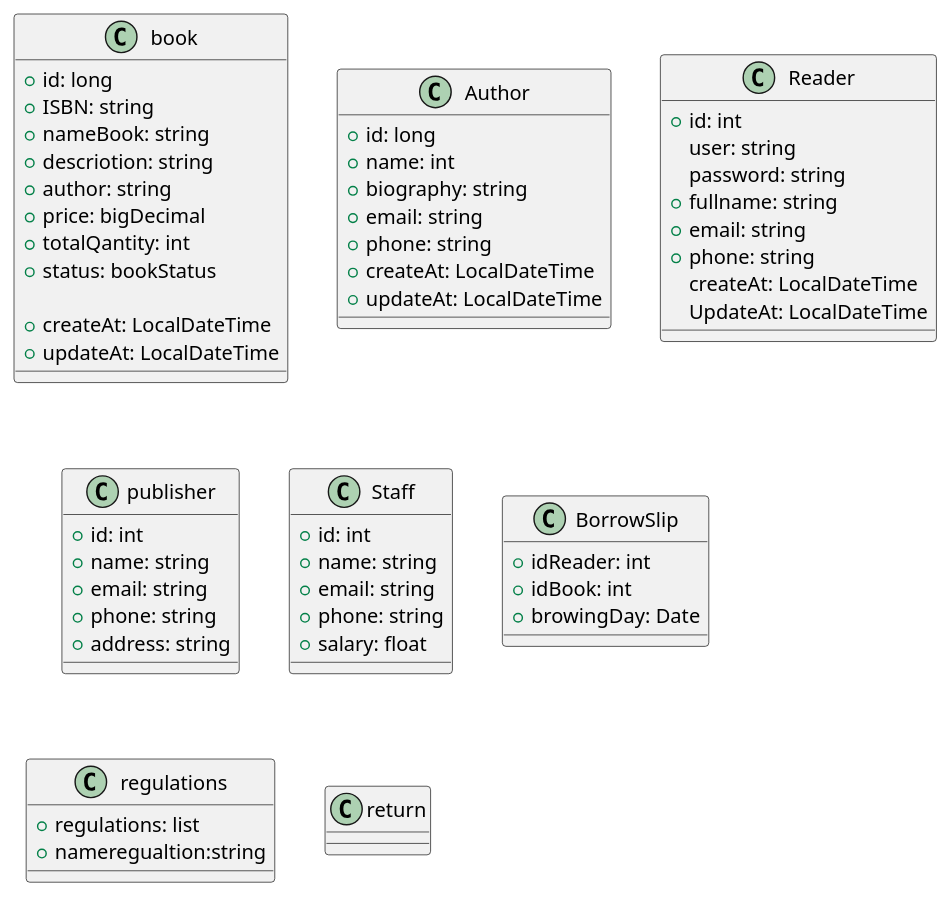
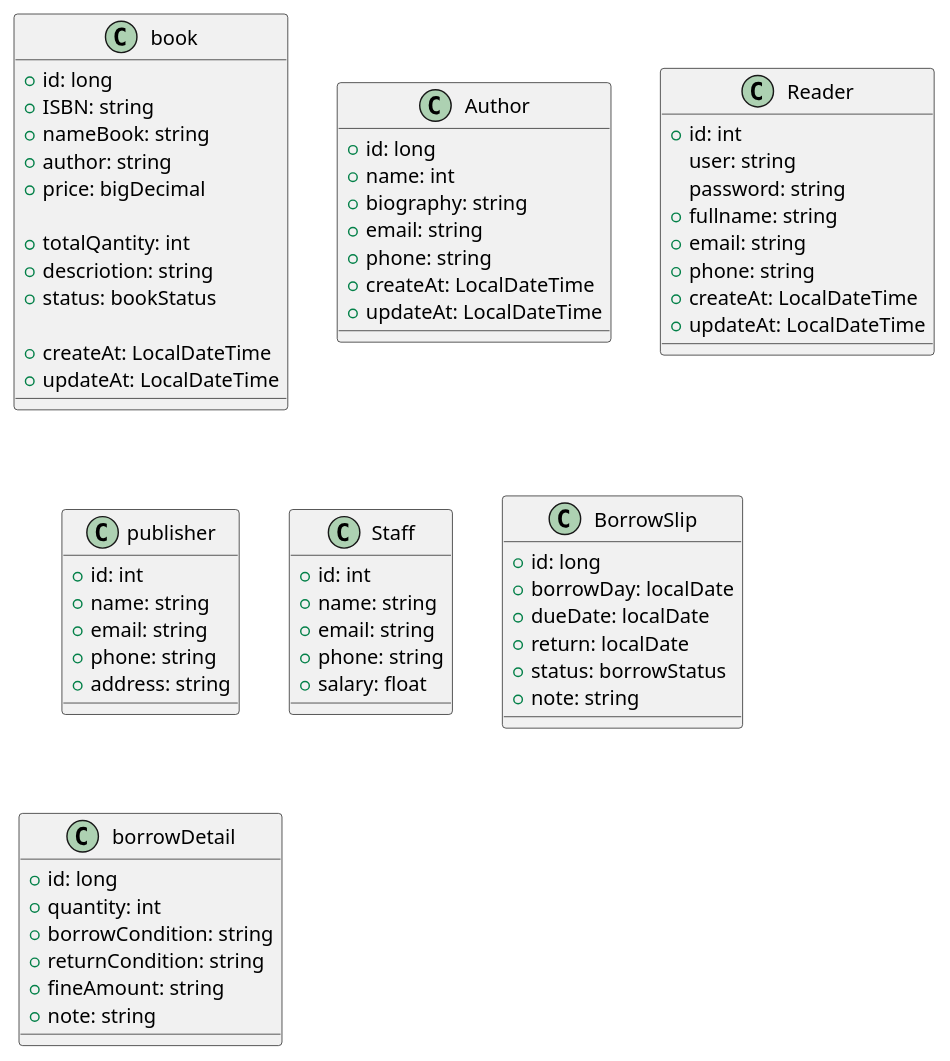
One commit to Tkanh12-10-2024/LibaryManger changed the diagram in src/com/khanh/libarymanager/LibaryClass.puml. Above: the diagram before and after it, drawn with PlantUML.

Commit message:
Update class digram

```diff
--- a/src/com/khanh/libarymanager/LibaryClass.puml
+++ b/src/com/khanh/libarymanager/LibaryClass.puml
@@ -1,63 +1,69 @@
 @startuml
 class book {
     +id: long
     +ISBN: string
     +nameBook: string
-    +descriotion: string
     +author: string
     +price: bigDecimal
+
     +totalQantity: int
+    +descriotion: string
     +status: bookStatus
 
     +createAt: LocalDateTime
     +updateAt: LocalDateTime
 }
 class Author {
     +id: long
     +name: int
     +biography: string
     +email: string
     +phone: string
     +createAt: LocalDateTime
     +updateAt: LocalDateTime
 }
 class Reader {
     +id: int
     user: string
     password: string
     +fullname: string
     +email: string
     +phone: string
-    createAt: LocalDateTime
-    UpdateAt: LocalDateTime
+    +createAt: LocalDateTime
+    +updateAt: LocalDateTime
 }
 class publisher {
     +id: int
     +name: string
     +email: string
     +phone: string
     +address: string
 }
 class Staff {
     +id: int
     +name: string
     +email: string
     +phone: string
     +salary: float
 
 }
 class BorrowSlip {
- +idReader: int
- +idBook: int
- +browingDay: Date
+ +id: long
+ +borrowDay: localDate
+ +dueDate: localDate
+ +return: localDate
+ +status: borrowStatus
+ +note: string
+
 }
 
-class regulations {
-    +regulations: list
-    +nameregualtion:string
-}
 
-class return {
-
+class borrowDetail {
+ +id: long
+ +quantity: int
+ +borrowCondition: string
+ +returnCondition: string
+ +fineAmount: string
+ +note: string
 }
 @enduml
```
